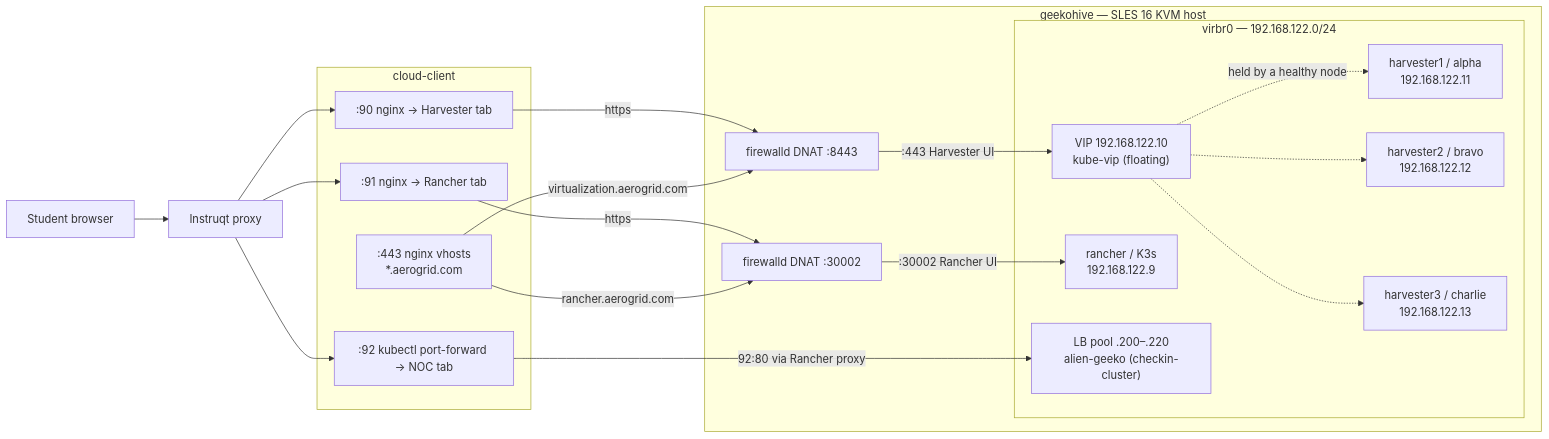
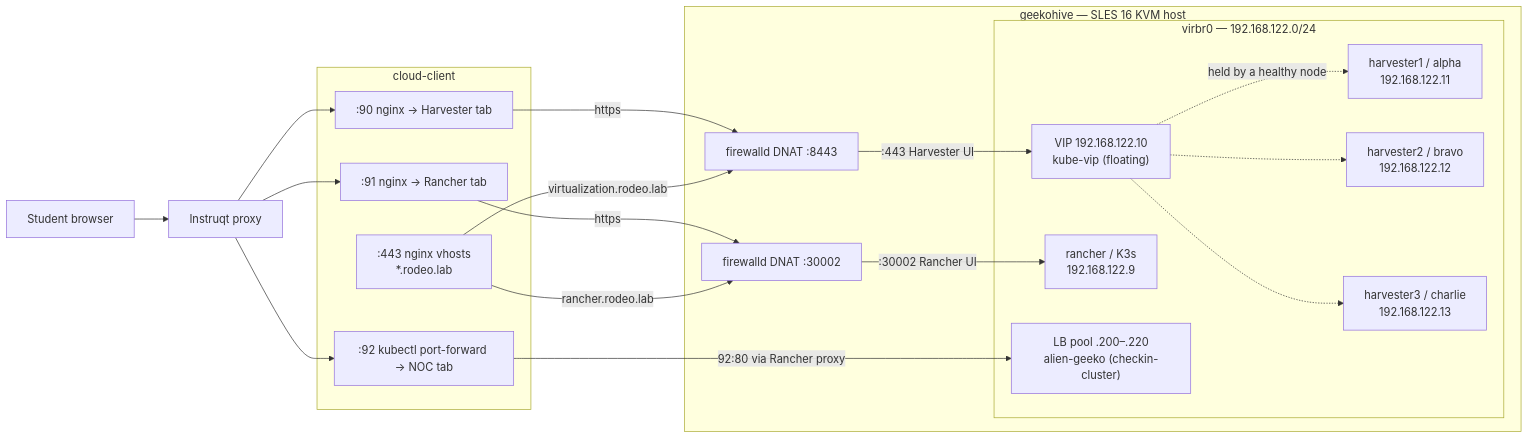
The diagram in docs/assets/diagrams/rodeo-network-ports.mmd (avaleror/rodeo-cli), drawn with Mermaid before and after one commit. The commit also changed 38 other files, not shown here.

```diff
--- a/docs/assets/diagrams/rodeo-network-ports.mmd
+++ b/docs/assets/diagrams/rodeo-network-ports.mmd
@@ -1,38 +1,38 @@
 flowchart LR
     browser["Student browser"] --> instruqt["Instruqt proxy"]
 
     subgraph cc["cloud-client"]
         p90[":90 nginx → Harvester tab"]
         p91[":91 nginx → Rancher tab"]
         p92[":92 kubectl port-forward → NOC tab"]
-        p443[":443 nginx vhosts<br/>*.aerogrid.com"]
+        p443[":443 nginx vhosts<br/>*.rodeo.lab"]
     end
 
     subgraph gh["geekohive — SLES 16 KVM host"]
         d8443["firewalld DNAT :8443"]
         d30002["firewalld DNAT :30002"]
 
         subgraph net["virbr0 — 192.168.122.0/24"]
             vip["VIP 192.168.122.10<br/>kube-vip (floating)"]
             h1["harvester1 / alpha<br/>192.168.122.11"]
             h2["harvester2 / bravo<br/>192.168.122.12"]
             h3["harvester3 / charlie<br/>192.168.122.13"]
             rancher["rancher / K3s<br/>192.168.122.9"]
             lb["LB pool .200–.220<br/>alien-geeko (checkin-cluster)"]
         end
     end
 
     instruqt --> p90 & p91 & p92
 
     p90 -->|"https"| d8443
     p91 -->|"https"| d30002
-    p443 -->|"virtualization.aerogrid.com"| d8443
-    p443 -->|"rancher.aerogrid.com"| d30002
+    p443 -->|"virtualization.rodeo.lab"| d8443
+    p443 -->|"rancher.rodeo.lab"| d30002
 
     d8443 -->|":443 Harvester UI"| vip
     d30002 -->|":30002 Rancher UI"| rancher
     p92 -->|"92:80 via Rancher proxy"| lb
 
     vip -.->|"held by a healthy node"| h1
     vip -.-> h2
     vip -.-> h3
```
